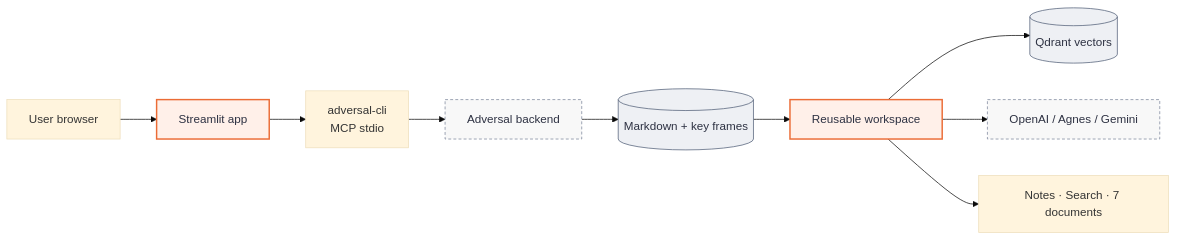
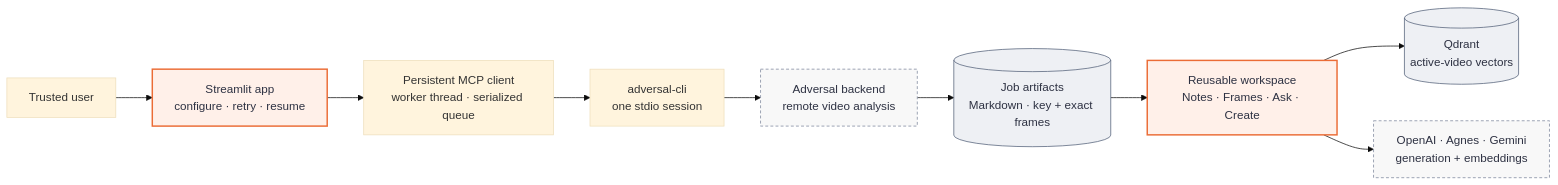
The diagram in docs/diagrams/system-architecture.mmd (pypi-ahmad/video-summarizer), drawn with Mermaid (base theme) before and after one commit. The commit also changed 9 other files, not shown here.

Commit message:
docs(diagrams): sync MCP architecture

```diff
--- a/docs/diagrams/system-architecture.mmd
+++ b/docs/diagrams/system-architecture.mmd
@@ -1,16 +1,16 @@
 flowchart LR
-    user["User browser"] --> app["Streamlit app"]
-    app --> mcp["adversal-cli<br/>MCP stdio"]
-    mcp --> adversal["Adversal backend"]
-    adversal --> files[("Markdown + key frames")]
-    files --> workspace["Reusable workspace"]
-    workspace --> qdrant[("Qdrant vectors")]
-    workspace --> providers["OpenAI / Agnes / Gemini"]
-    workspace --> outputs["Notes · Search · 7 documents"]
+    user["Trusted user"] --> app["Streamlit app<br/>configure · retry · resume"]
+    app --> client["Persistent MCP client<br/>worker thread · serialized queue"]
+    client --> cli["adversal-cli<br/>one stdio session"]
+    cli --> adversal["Adversal backend<br/>remote video analysis"]
+    adversal --> files[("Job artifacts<br/>Markdown · key + exact frames")]
+    files --> workspace["Reusable workspace<br/>Notes · Frames · Ask · Create"]
+    workspace --> qdrant[("Qdrant<br/>active-video vectors")]
+    workspace --> providers["OpenAI · Agnes · Gemini<br/>generation + embeddings"]
 
     classDef focal fill:#fff0e9,stroke:#eb6c36,color:#2d3142,stroke-width:2px
     classDef store fill:#eef0f4,stroke:#4f5d75,color:#2d3142
     classDef external fill:#f8f8f8,stroke:#7a8399,color:#2d3142,stroke-dasharray:4 3
     class app,workspace focal
     class files,qdrant store
     class adversal,providers external
```
